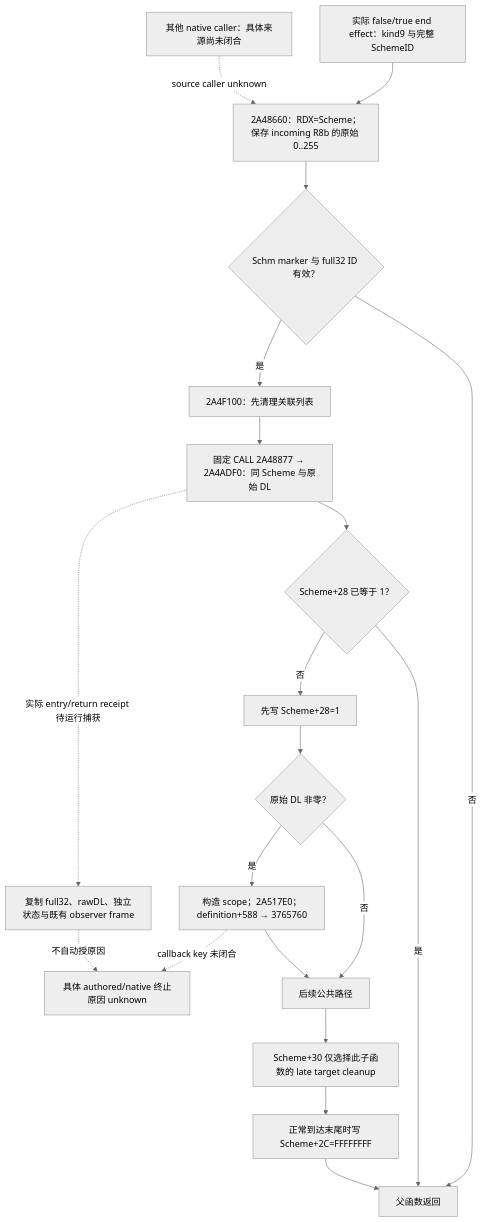
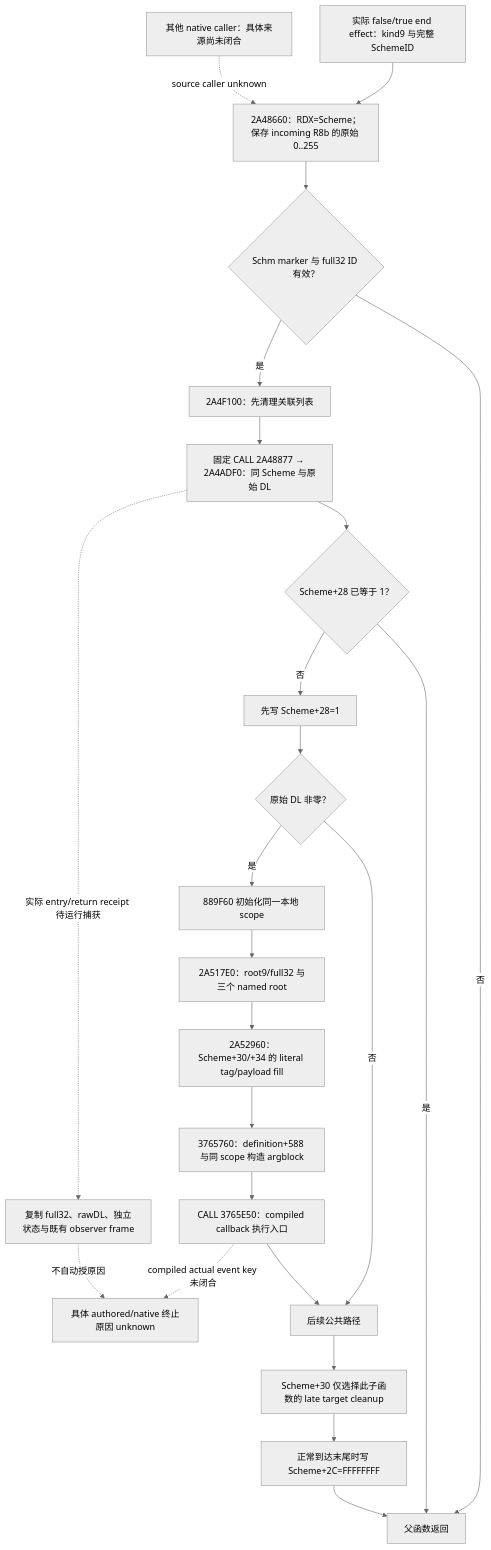
The first of 2 diagrams in docs/ck3-native-ai/sway-native-end-source-tree-12004.md (XenoAmess/ck3_eternal_recurrence), drawn with Mermaid (neutral theme) before and after one commit. The commit also changed other lines of this file and 15 other files, not shown here.

````diff
--- a/docs/ck3-native-ai/sway-native-end-source-tree-12004.md
+++ b/docs/ck3-native-ai/sway-native-end-source-tree-12004.md
@@ -15,22 +15,26 @@
 ```mermaid
 flowchart TD
   F[实际 false/true end effect：kind9 与完整 SchemeID] --> P
   X[其他 native caller：具体来源尚未闭合] -. source caller unknown .-> P
   P[2A48660：RDX=Scheme；保存 incoming R8b 的原始 0..255] --> G
   G{Schm marker 与 full32 ID 有效？} -->|否| R[父函数返回]
   G -->|是| C[2A4F100：先清理关联列表]
   C --> E[固定 CALL 2A48877 → 2A4ADF0：同 Scheme 与原始 DL]
   E --> S{Scheme+28 已等于 1？}
   S -->|是| R
   S -->|否| T[先写 Scheme+28=1]
   T --> B{原始 DL 非零？}
-  B -->|是| Q[构造 scope；2A517E0；definition+588 → 3765760]
-  Q -. callback key 未闭合 .-> U[具体 authored/native 终止原因 unknown]
+  B -->|是| Q[889F60 初始化同一本地 scope]
+  Q --> V[2A517E0：root9/full32 与三个 named root]
+  V --> W[2A52960：Scheme+30/+34 的 literal tag/payload fill]
+  W --> Y[3765760：definition+588 与同 scope 构造 argblock]
+  Y --> Z[CALL 3765E50：compiled callback 执行入口]
+  Z -. compiled actual event key 未闭合 .-> U[具体 authored/native 终止原因 unknown]
   B -->|否| L[后续公共路径]
-  Q --> L
+  Z --> L
   L --> K[Scheme+30 仅选择此子函数的 late target cleanup]
   K --> O[正常到达末尾时写 Scheme+2C=FFFFFFFF]
   O --> R
   E -. 实际 entry/return receipt 待运行捕获 .-> A[复制 full32、rawDL、独立状态与既有 observer frame]
   A -. 不自动授原因 .-> U
 ```
````
